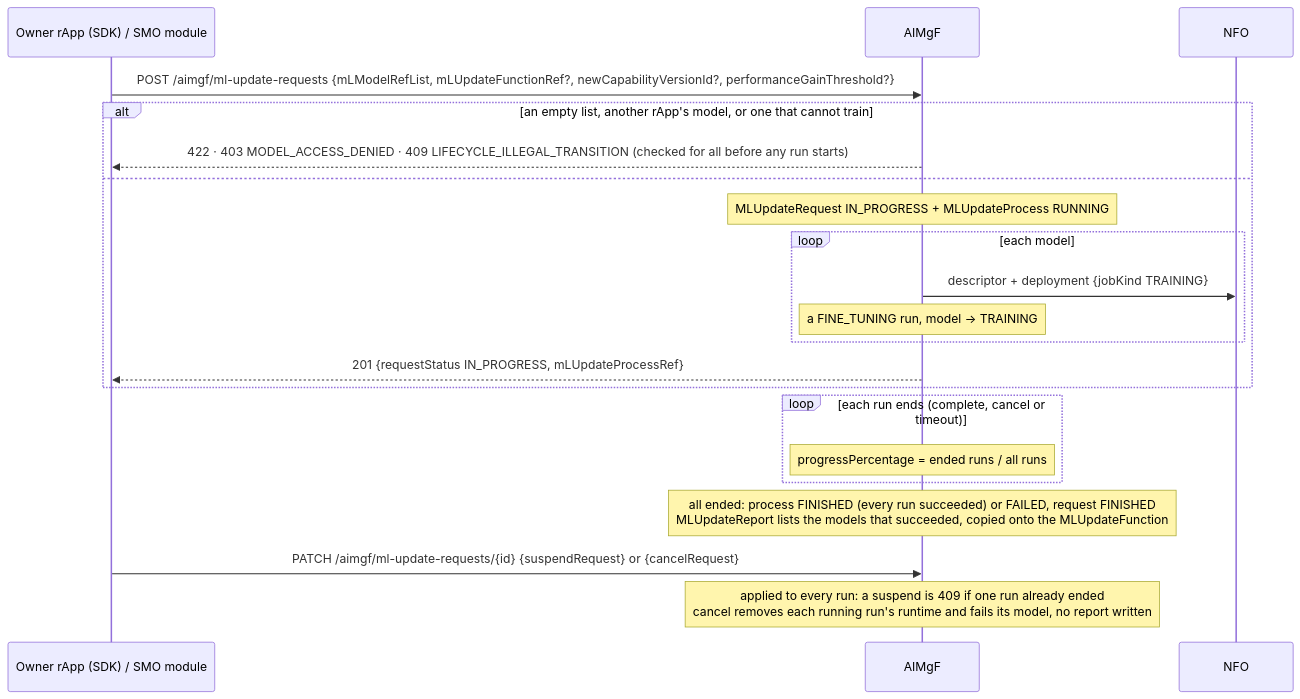
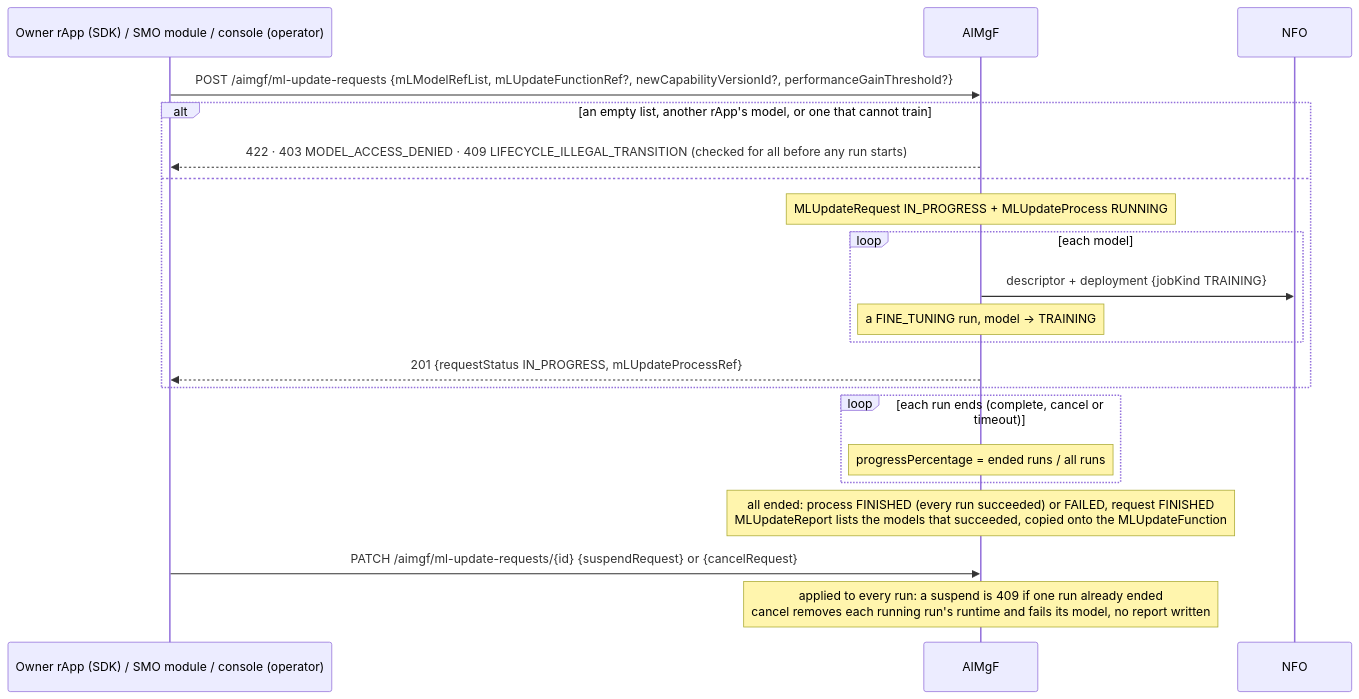
Before and after one commit to rsys-bshankar/ai-ran-smo: the third of 5 diagrams in smo/docs/call-flows/27-ts28105-provisioning-resources.md, drawn with Mermaid. The commit also changed other lines of this file and 26 other files, not shown here.

````diff
--- a/smo/docs/call-flows/27-ts28105-provisioning-resources.md
+++ b/smo/docs/call-flows/27-ts28105-provisioning-resources.md
@@ -114,26 +124,26 @@
 ```mermaid
 sequenceDiagram
-    participant R as Owner rApp (SDK) / SMO module
+    participant R as Owner rApp (SDK) / SMO module / console (operator)
     participant AIM as AIMgF
     participant NFO as NFO
 
     R->>AIM: POST /aimgf/ml-update-requests {mLModelRefList, mLUpdateFunctionRef?, newCapabilityVersionId?, performanceGainThreshold?}
     alt an empty list, another rApp's model, or one that cannot train
         AIM-->>R: 422 · 403 MODEL_ACCESS_DENIED · 409 LIFECYCLE_ILLEGAL_TRANSITION (checked for all before any run starts)
     else
         Note over AIM: MLUpdateRequest IN_PROGRESS + MLUpdateProcess RUNNING
         loop each model
             AIM->>NFO: descriptor + deployment {jobKind TRAINING}
             Note over AIM: a FINE_TUNING run, model → TRAINING
         end
         AIM-->>R: 201 {requestStatus IN_PROGRESS, mLUpdateProcessRef}
     end
 
     loop each run ends (complete, cancel or timeout)
         Note over AIM: progressPercentage = ended runs / all runs
     end
     Note over AIM: all ended: process FINISHED (every run succeeded) or FAILED, request FINISHED<br/>MLUpdateReport lists the models that succeeded, copied onto the MLUpdateFunction
 
     R->>AIM: PATCH /aimgf/ml-update-requests/{id} {suspendRequest} or {cancelRequest}
     Note over AIM: applied to every run: a suspend is 409 if one run already ended<br/>cancel removes each running run's runtime and fails its model, no report written
 ```
````
